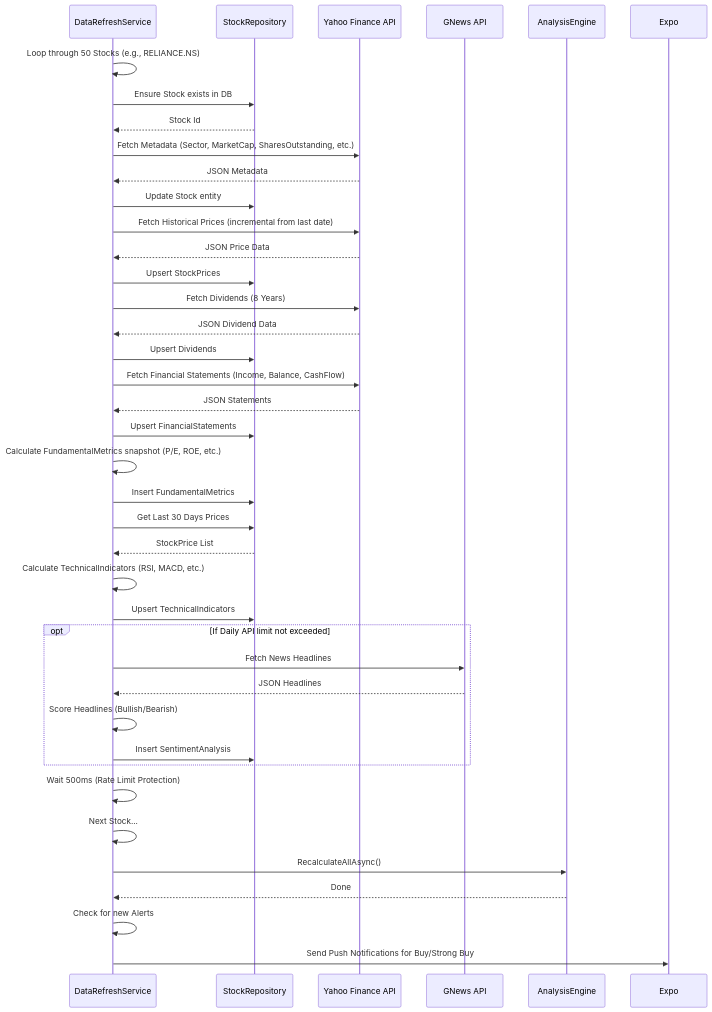
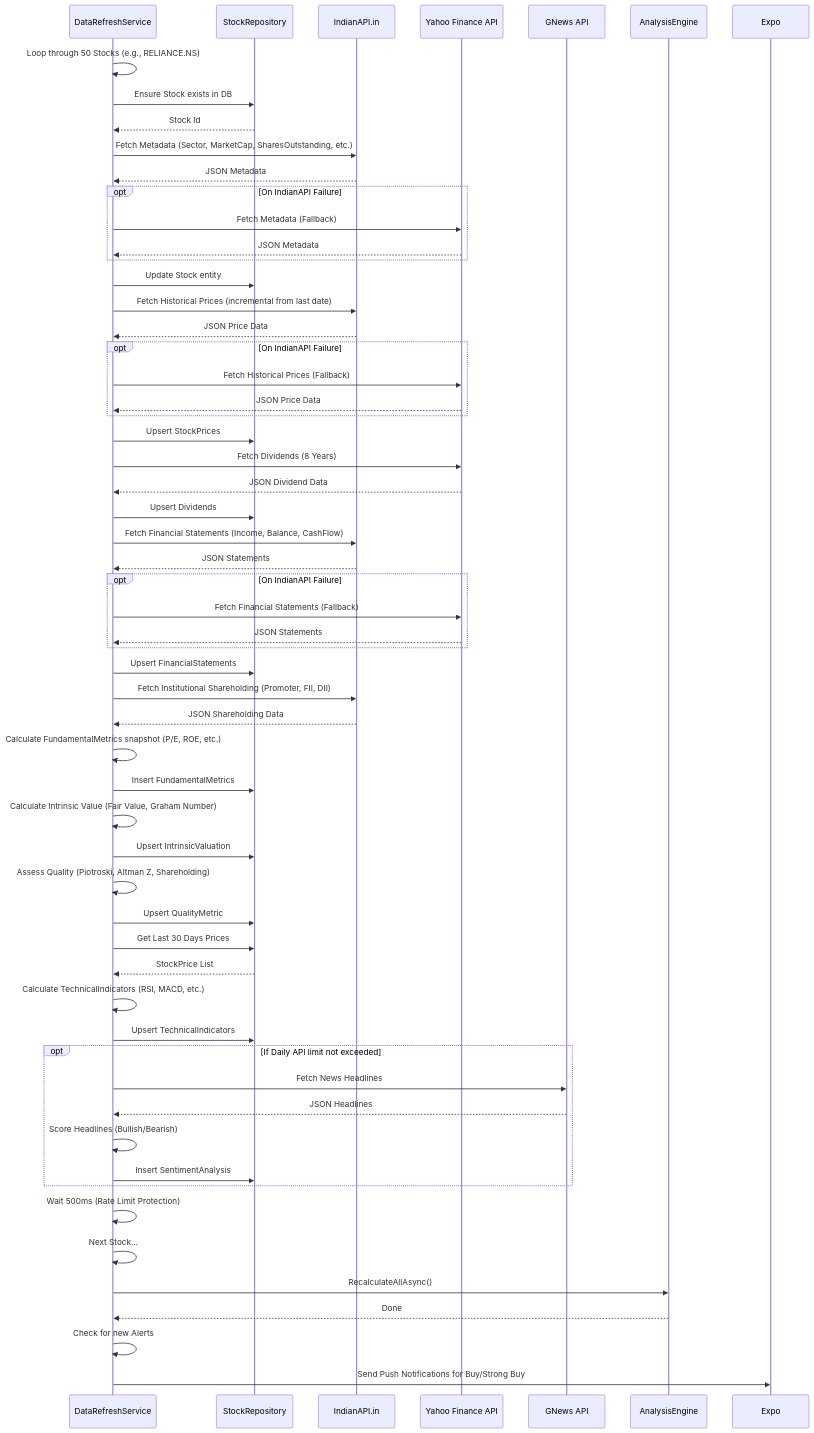
Before and after one commit to kausaur/stockfinder: the diagram in docs/data_refresh_flow.md, drawn with Mermaid. The commit also changed 38 other files, not shown here.

Commit message:
Integrate IndianAPI and fix code review issues

```diff
--- a/docs/data_refresh_flow.md
+++ b/docs/data_refresh_flow.md
@@ -8,6 +8,7 @@
 sequenceDiagram
     participant Worker as DataRefreshService
     participant Repo as StockRepository
+    participant IndianAPI as IndianAPI.in
     participant Yahoo as Yahoo Finance API
     participant GNews as GNews API
     participant Engine as AnalysisEngine
@@ -18,13 +19,21 @@
     Repo-->>Worker: Stock Id
     
     %% Metadata Fetching
-    Worker->>Yahoo: Fetch Metadata (Sector, MarketCap, SharesOutstanding, etc.)
-    Yahoo-->>Worker: JSON Metadata
+    Worker->>IndianAPI: Fetch Metadata (Sector, MarketCap, SharesOutstanding, etc.)
+    IndianAPI-->>Worker: JSON Metadata
+    opt On IndianAPI Failure
+        Worker->>Yahoo: Fetch Metadata (Fallback)
+        Yahoo-->>Worker: JSON Metadata
+    end
     Worker->>Repo: Update Stock entity
     
     %% Price Data Fetching
-    Worker->>Yahoo: Fetch Historical Prices (incremental from last date)
-    Yahoo-->>Worker: JSON Price Data
+    Worker->>IndianAPI: Fetch Historical Prices (incremental from last date)
+    IndianAPI-->>Worker: JSON Price Data
+    opt On IndianAPI Failure
+        Worker->>Yahoo: Fetch Historical Prices (Fallback)
+        Yahoo-->>Worker: JSON Price Data
+    end
     Worker->>Repo: Upsert StockPrices
     
     %% Dividends
@@ -33,12 +42,26 @@
     Worker->>Repo: Upsert Dividends
     
     %% Fundamentals
-    Worker->>Yahoo: Fetch Financial Statements (Income, Balance, CashFlow)
-    Yahoo-->>Worker: JSON Statements
+    Worker->>IndianAPI: Fetch Financial Statements (Income, Balance, CashFlow)
+    IndianAPI-->>Worker: JSON Statements
+    opt On IndianAPI Failure
+        Worker->>Yahoo: Fetch Financial Statements (Fallback)
+        Yahoo-->>Worker: JSON Statements
+    end
     Worker->>Repo: Upsert FinancialStatements
+    
+    Worker->>IndianAPI: Fetch Institutional Shareholding (Promoter, FII, DII)
+    IndianAPI-->>Worker: JSON Shareholding Data
+
     Worker->>Worker: Calculate FundamentalMetrics snapshot (P/E, ROE, etc.)
     Worker->>Repo: Insert FundamentalMetrics
     
+    Worker->>Worker: Calculate Intrinsic Value (Fair Value, Graham Number)
+    Worker->>Repo: Upsert IntrinsicValuation
+
+    Worker->>Worker: Assess Quality (Piotroski, Altman Z, Shareholding)
+    Worker->>Repo: Upsert QualityMetric
+
     %% Technicals
     Worker->>Repo: Get Last 30 Days Prices
     Repo-->>Worker: StockPrice List
```
